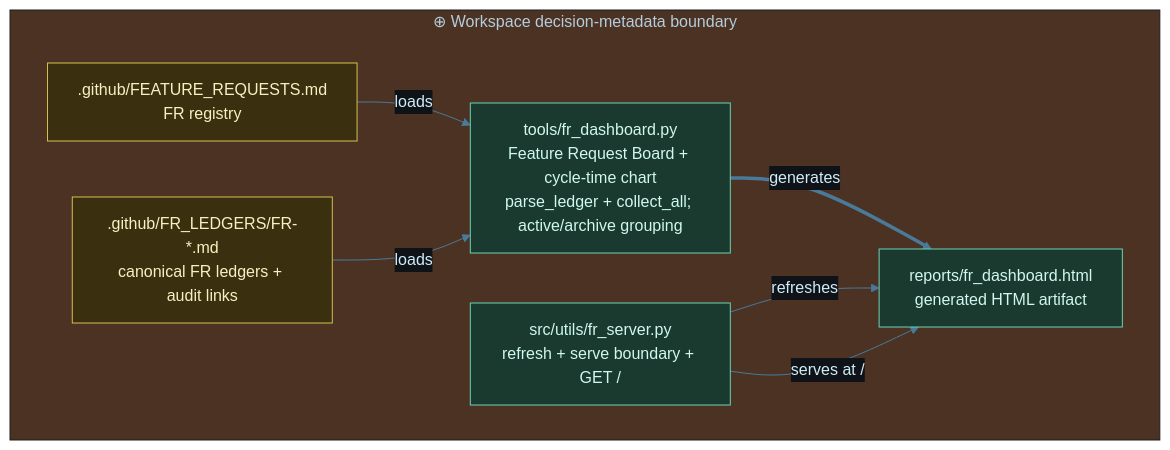
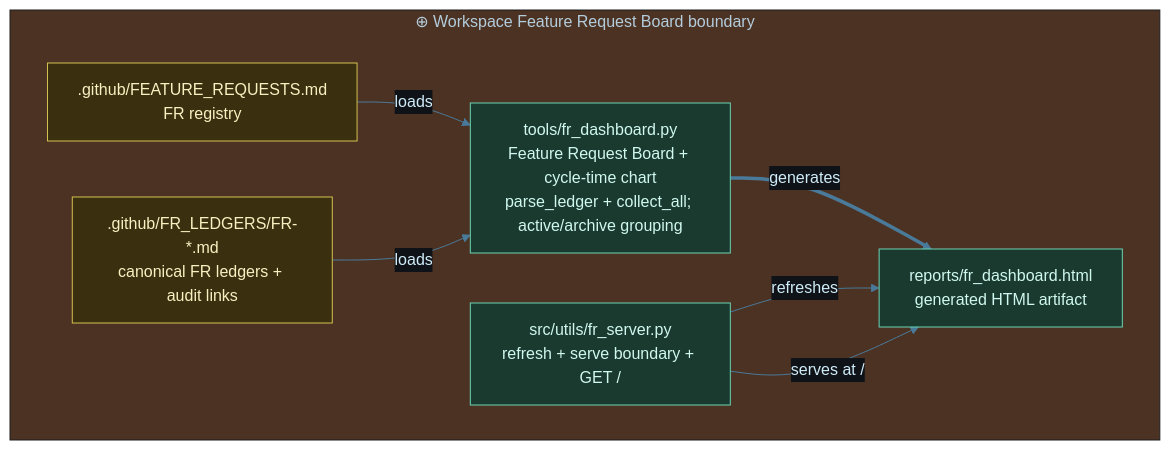
The diagram in diagrams/workspace-architecture-detail.mmd (tylerdrakemusic/-Workspace), drawn with Mermaid before and after one commit.

Commit message:
⊕ workspace: name FR board diagram boundary

```diff
--- a/diagrams/workspace-architecture-detail.mmd
+++ b/diagrams/workspace-architecture-detail.mmd
@@ -1,30 +1,30 @@
 %%{init: {'theme': 'base', 'themeVariables': {'primaryColor': '#1a2e3a', 'primaryTextColor': '#d0ecf8', 'edgeLabelBackground': '#0f1318', 'lineColor': '#4a7a9a'}}}%%
 %% is_derived_view=false
 %% Traceability.derived_views: diagrams/workspace-derived-decision-metadata-implementation.mmd
 graph TB
-    subgraph Workspace["⊕ Workspace decision-metadata boundary"]
+    subgraph Workspace["⊕ Workspace Feature Request Board boundary"]
         FRDashboard[tools/fr_dashboard.py<br/>Feature Request Board + cycle-time chart<br/>parse_ledger + collect_all; active/archive grouping]
         FRRegistry[.github/FEATURE_REQUESTS.md<br/>FR registry]
         FRLedgerDir[.github/FR_LEDGERS/FR-*.md<br/>canonical FR ledgers + audit links]
         FRDashboardHTML[reports/fr_dashboard.html<br/>generated HTML artifact]
         FRServer[src/utils/fr_server.py<br/>refresh + serve boundary + GET /]
     end
     FRRegistry -->|loads| FRDashboard
     FRLedgerDir -->|loads| FRDashboard
     FRDashboard ==>|generates| FRDashboardHTML
     FRServer -->|refreshes| FRDashboardHTML
     FRServer -->|serves at /| FRDashboardHTML
 
     class FRDashboard,FRServer ws
     class FRRegistry,FRLedgerDir db
     class FRDashboardHTML ws
 
 classDef life     fill:#1a2e3a,stroke:#6ab4d4,color:#d0ecf8
 classDef music    fill:#3a1a24,stroke:#d47a8f,color:#f8d0dc
 classDef quantum  fill:#251a3a,stroke:#a07adf,color:#e8d0f8
 classDef manifest fill:#3a2e1a,stroke:#d4a96a,color:#f8ead0
 classDef ws       fill:#1a3a30,stroke:#6ad4b4,color:#d0f8ee
 classDef tyler    fill:#2a1a3a,stroke:#9e4aff,color:#fff
 classDef ext      fill:#3a2020,stroke:#ff7a7a,color:#ffd0d0
 classDef db       fill:#3a3010,stroke:#d4c050,color:#f8f0c0
 classDef state    fill:#1a1a1a,stroke:#888888,color:#cccccc
```
